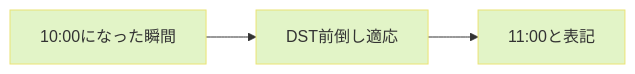
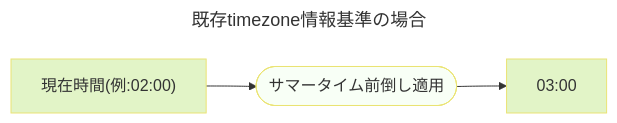
Before and after one commit to proteinmochi/zenn: the eighth of 9 diagrams in articles/blog_fes_2024_dst_basics.md, drawn with Mermaid. The commit also changed other lines of this file, not shown here.

````diff
--- a/articles/blog_fes_2024_dst_basics.md
+++ b/articles/blog_fes_2024_dst_basics.md
@@ -121,5 +177,10 @@
 ```mermaid
+---
+title: 既存timezone情報基準の場合
+---
 graph LR
-   id1["10:00になった瞬間"] --> id2[DST前倒し適応] --> id4[11:00と表記]
-   classDef default fill:#e2f4c7, stroke:#eae374
+   id1["現在時間(例:02:00)"] --> id2([サマータイム前倒し適用]) --> id3[03:00]
+   style id1 fill:#e2f4c7, stroke:#eae374
+   style id2 fill:#F8FFF6, stroke:#eae374
+   style id3 fill:#e2f4c7, stroke:#eae374
 ```
````
